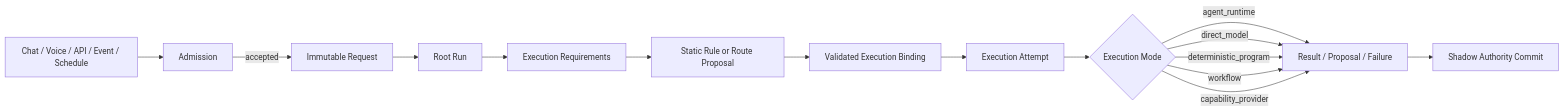
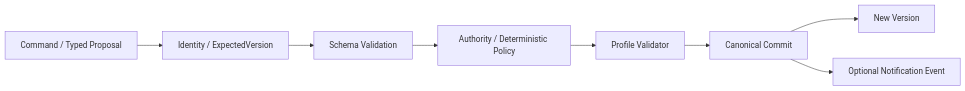
Before and after one commit to wzw57/OpenShadow: the second of 6 diagrams in docs/technical-architecture.md, drawn with Mermaid. The commit also changed other lines of this file, not shown here.

Commit message:
docs: align docs/technical-architecture.md with tiny kernel profiles

```diff
--- a/docs/technical-architecture.md
+++ b/docs/technical-architecture.md
@@ -206,24 +146,14 @@
 ~~~mermaid
 flowchart LR
-    INPUT["Chat / Voice / API / Event / Schedule"]
-    ADM["Admission"]
-    REQ["Immutable Request"]
-    RUN["Root Run"]
-    REQUIRE["Execution Requirements"]
-    ROUTE["Static Rule or Route Proposal"]
-    BIND["Validated Execution Binding"]
-    ATTEMPT["Execution Attempt"]
-    TARGET{"Execution Mode"}
-    RESULT["Result / Proposal / Failure"]
-    COMMIT["Shadow Authority Commit"]
+    INPUT["Command / Typed Proposal"]
+    ID["Identity / ExpectedVersion"]
+    SCHEMA["Schema Validation"]
+    POLICY["Authority / Deterministic Policy"]
+    PROFILE["Profile Validator"]
+    COMMIT["Canonical Commit"]
+    VERSION["New Version"]
+    EVENT["Optional Notification Event"]
 
-    INPUT --> ADM
-    ADM -->|accepted| REQ --> RUN --> REQUIRE
-    REQUIRE --> ROUTE --> BIND --> ATTEMPT --> TARGET
-    TARGET -->|agent_runtime| RESULT
-    TARGET -->|direct_model| RESULT
-    TARGET -->|deterministic_program| RESULT
-    TARGET -->|workflow| RESULT
-    TARGET -->|capability_provider| RESULT
-    RESULT --> COMMIT
+    INPUT --> ID --> SCHEMA --> POLICY --> PROFILE --> COMMIT --> VERSION
+    COMMIT --> EVENT
 ~~~
```
